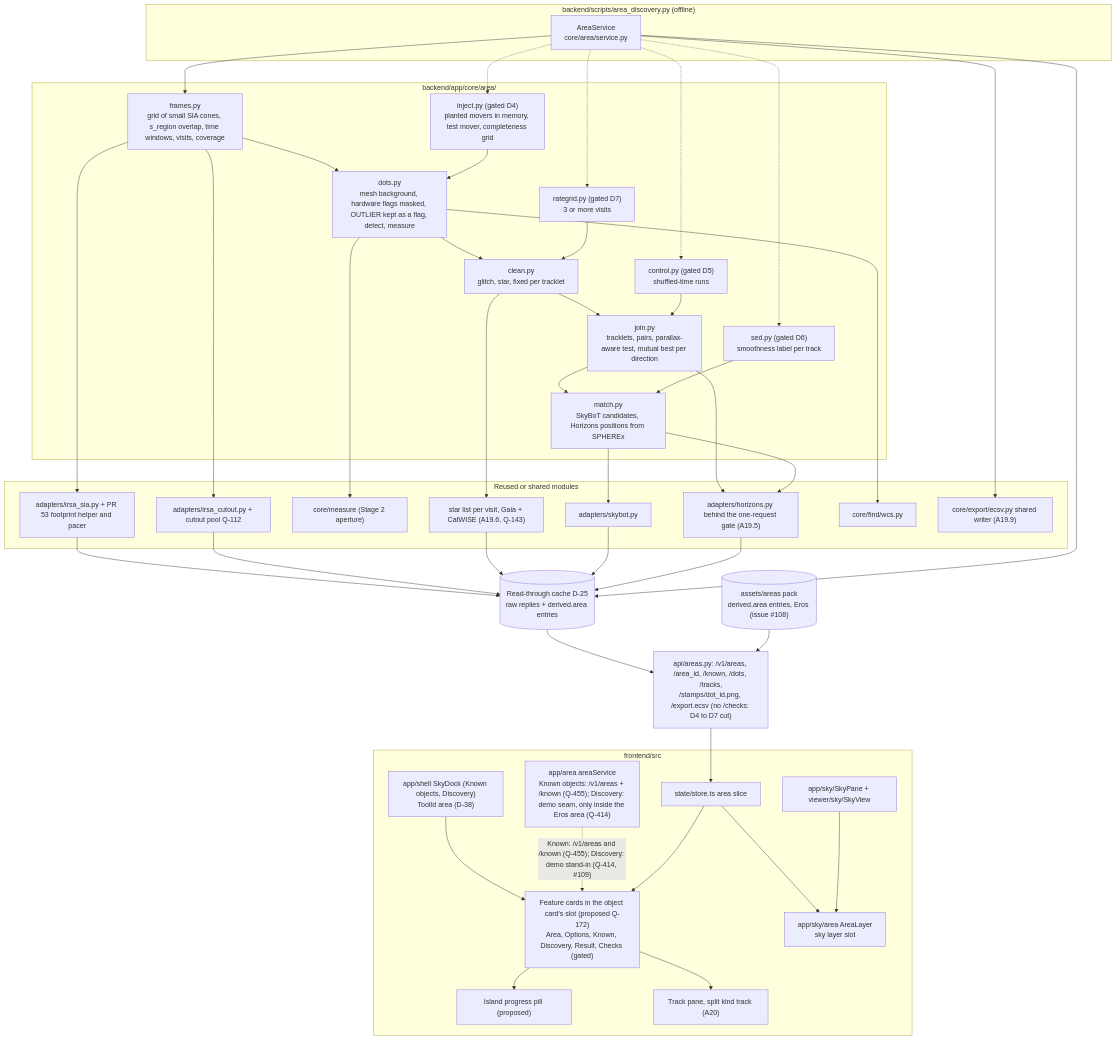
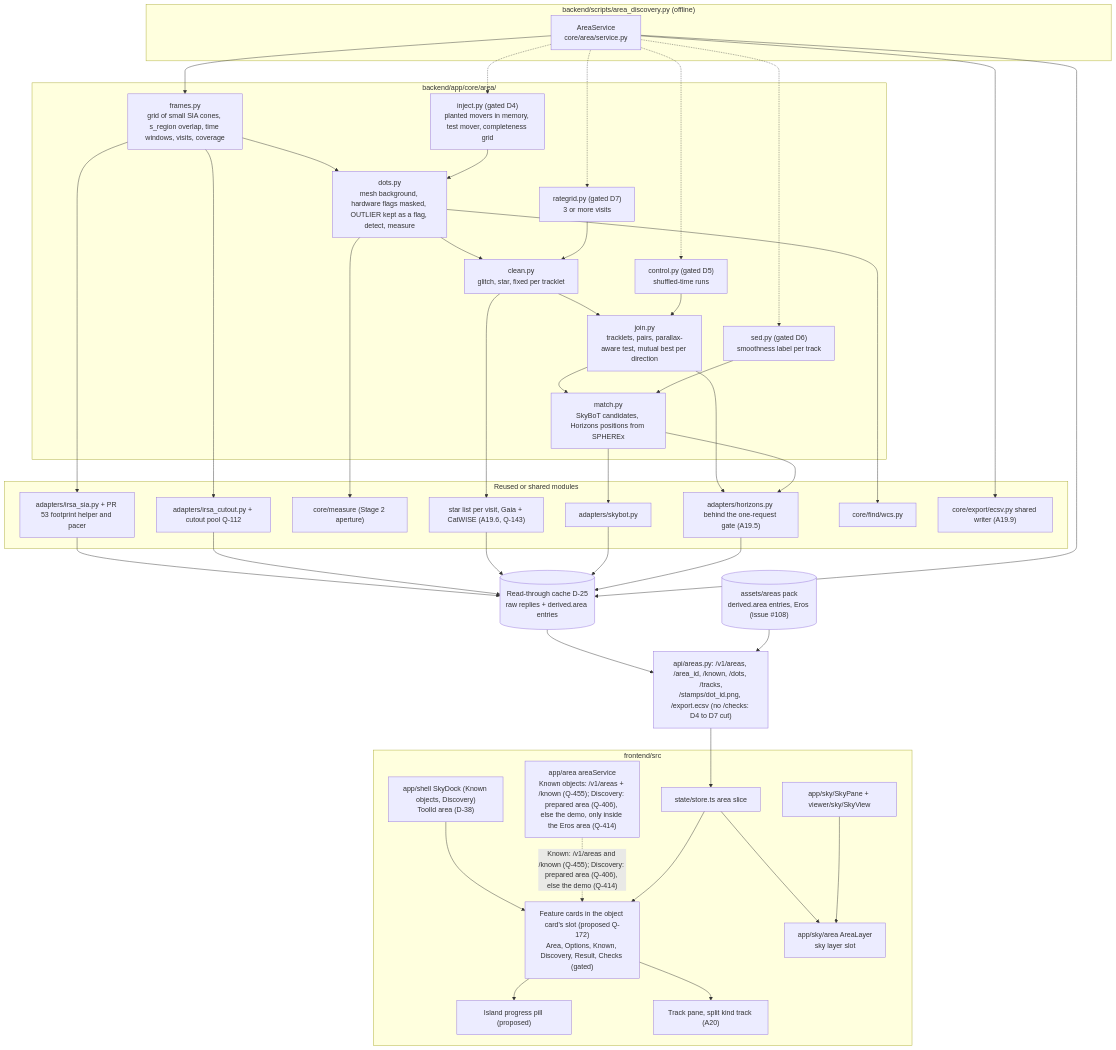
The first of 4 diagrams in docs/uml/22-area-search.md (0ffrian/SphereX), drawn with Mermaid before and after one commit. The commit also changed 8 other files, not shown here.

First line of the commit message:
PR #131 review fixes: Eros always trackable, demo at once, cutout-gated demo labels

````diff
--- a/docs/uml/22-area-search.md
+++ b/docs/uml/22-area-search.md
@@ -7,74 +7,74 @@
 ```mermaid
 flowchart TB
   subgraph Script["backend/scripts/area_discovery.py (offline)"]
     SVC["AreaService<br/>core/area/service.py"]
   end
   subgraph Core["backend/app/core/area/"]
     FRM["frames.py<br/>grid of small SIA cones, s_region overlap, time windows, visits, coverage"]
     DOT["dots.py<br/>mesh background, hardware flags masked, OUTLIER kept as a flag, detect, measure"]
     CLN["clean.py<br/>glitch, star, fixed per tracklet"]
     JON["join.py<br/>tracklets, pairs, parallax-aware test, mutual best per direction"]
     MAT["match.py<br/>SkyBoT candidates, Horizons positions from SPHEREx"]
     INJ["inject.py (gated D4)<br/>planted movers in memory, test mover, completeness grid"]
     CTL["control.py (gated D5)<br/>shuffled-time runs"]
     SED["sed.py (gated D6)<br/>smoothness label per track"]
     RGL["rategrid.py (gated D7)<br/>3 or more visits"]
   end
   subgraph Reused["Reused or shared modules"]
     SIA["adapters/irsa_sia.py + PR 53 footprint helper and pacer"]
     CUT["adapters/irsa_cutout.py + cutout pool Q-112"]
     MEAS["core/measure (Stage 2 aperture)"]
     STAR["star list per visit, Gaia + CatWISE (A19.6, Q-143)"]
     SKB["adapters/skybot.py"]
     HOR["adapters/horizons.py behind the one-request gate (A19.5)"]
     WCS["core/find/wcs.py"]
     ECSV["core/export/ecsv.py shared writer (A19.9)"]
   end
   CACHE[("Read-through cache D-25<br/>raw replies + derived.area entries")]
   API["api/areas.py: /v1/areas, /area_id, /known, /dots, /tracks,<br/>/stamps/dot_id.png, /export.ecsv (no /checks: D4 to D7 cut)"]
   PACK[("assets/areas pack<br/>derived.area entries, Eros (issue #108)")]
   subgraph FE["frontend/src"]
     RAIL["app/shell SkyDock (Known objects, Discovery)<br/>ToolId area (D-38)"]
-    DEMO["app/area areaService<br/>Known objects: /v1/areas + /known (Q-455); Discovery: demo seam, only inside the Eros area (Q-414)"]
+    DEMO["app/area areaService<br/>Known objects: /v1/areas + /known (Q-455); Discovery: prepared area (Q-406), else the demo, only inside the Eros area (Q-414)"]
     CARDS["Feature cards in the object card's slot (proposed Q-172)<br/>Area, Options, Known, Discovery, Result, Checks (gated)"]
     ISL["Island progress pill (proposed)"]
     LAYER["app/sky/area AreaLayer<br/>sky layer slot"]
     STORE["state/store.ts area slice"]
     TRK["Track pane, split kind track (A20)"]
     SKY["app/sky/SkyPane + viewer/sky/SkyView"]
   end
   SVC --> FRM --> DOT --> CLN --> JON --> MAT
   SVC --> ECSV
   SVC -.-> INJ
   SVC -.-> CTL
   SVC -.-> SED
   SVC -.-> RGL
   INJ --> DOT
   CTL --> JON
   RGL --> CLN
   SED --> MAT
   FRM --> SIA
   FRM --> CUT
   DOT --> WCS
   DOT --> MEAS
   CLN --> STAR
   JON --> HOR
   MAT --> SKB
   MAT --> HOR
   SIA --> CACHE
   CUT --> CACHE
   STAR --> CACHE
   SKB --> CACHE
   HOR --> CACHE
   SVC --> CACHE
   CACHE --> API
   PACK --> API
   API --> STORE
   RAIL --> CARDS
-  DEMO -.->|"Known: /v1/areas and /known (Q-455); Discovery: demo stand-in (Q-414, #109)"| CARDS
+  DEMO -.->|"Known: /v1/areas and /known (Q-455); Discovery: prepared area (Q-406), else the demo (Q-414)"| CARDS
   STORE --> CARDS
   CARDS --> ISL
   STORE --> LAYER
   SKY --> LAYER
   CARDS --> TRK
 ```
````
